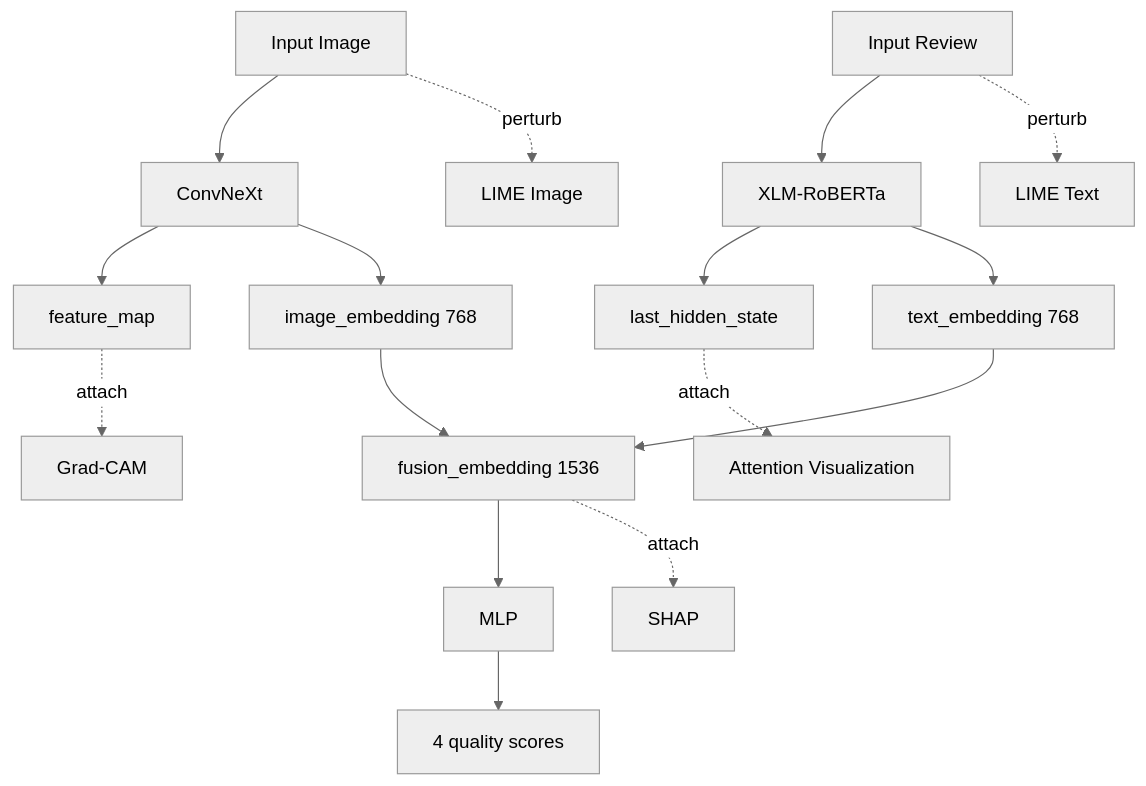
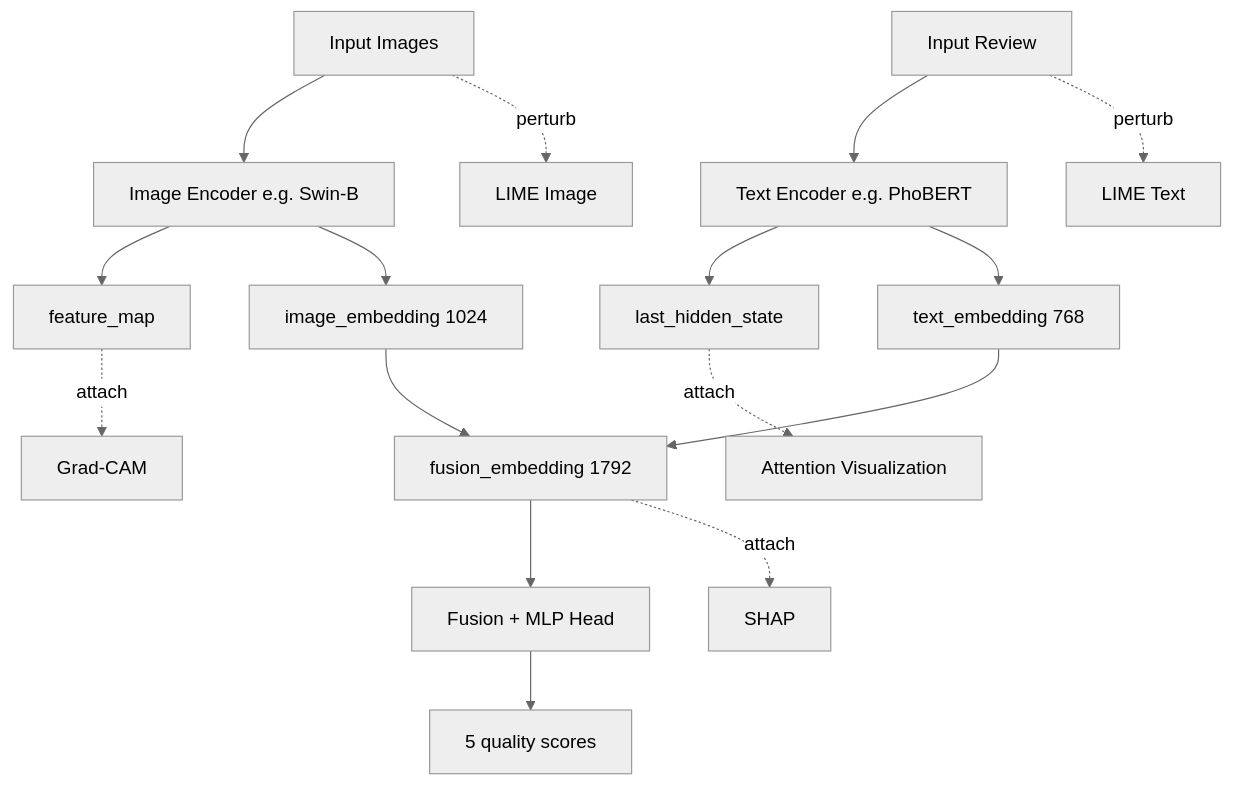
Before and after one commit to lechihoang/SE365: the third of 4 diagrams in doc/Explainable_AI_for_Multimodal_Product_Quality_Assessment.md, drawn with Mermaid (neutral theme). The commit also changed other lines of this file and 3 other files, not shown here.

````diff
--- a/doc/Explainable_AI_for_Multimodal_Product_Quality_Assessment.md
+++ b/doc/Explainable_AI_for_Multimodal_Product_Quality_Assessment.md
@@ -1675,21 +1697,21 @@
 ```mermaid
 flowchart TD
-    A[Input Image] --> B[ConvNeXt]
-    C[Input Review] --> D[XLM-RoBERTa]
+    A[Input Images] --> B[Image Encoder e.g. Swin-B]
+    C[Input Review] --> D[Text Encoder e.g. PhoBERT]
 
     B --> E[feature_map]
-    B --> F[image_embedding 768]
+    B --> F[image_embedding 1024]
     D --> G[last_hidden_state]
     D --> H[text_embedding 768]
 
-    F --> I[fusion_embedding 1536]
-    H --> I
-    I --> J[MLP]
-    J --> K[4 quality scores]
+    H --> I[fusion_embedding 1792]
+    F --> I
+    I --> J[Fusion + MLP Head]
+    J --> K[5 quality scores]
 
     E -. attach .-> L[Grad-CAM]
     G -. attach .-> M[Attention Visualization]
     I -. attach .-> N[SHAP]
     A -. perturb .-> O[LIME Image]
     C -. perturb .-> P[LIME Text]
 ```
````
